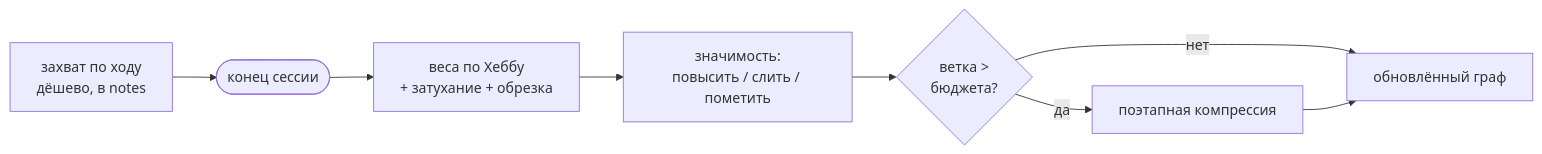
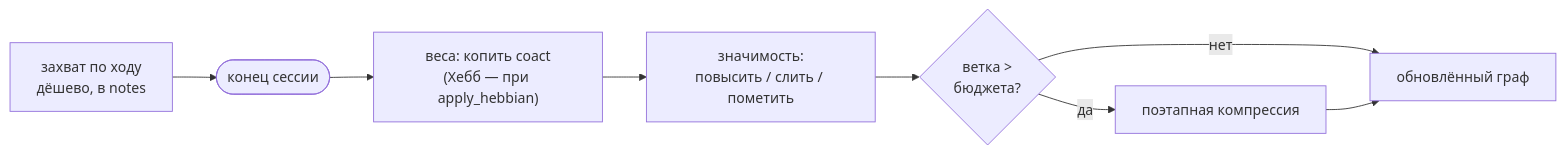
The ninth of 9 diagrams in docs/ru/THEORY.md (Kvazar123/llm-amg), drawn with Mermaid before and after one commit. The commit also changed other lines of this file and 5 other files, not shown here.

First line of the commit message:
docs(consolidation): sync THEORY/07/09/GUIDE with stage 3; compact roadmap

````diff
--- a/docs/ru/THEORY.md
+++ b/docs/ru/THEORY.md
@@ -403,10 +425,10 @@
 ```mermaid
 flowchart LR
     CAP["захват по ходу<br/>дёшево, в notes"] --> END([конец сессии])
-    END --> HEB["веса по Хеббу<br/>+ затухание + обрезка"]
+    END --> HEB["веса: копить coact<br/>(Хебб — при apply_hebbian)"]
     HEB --> SAL["значимость:<br/>повысить / слить / пометить"]
     SAL --> BUD{ветка ><br/>бюджета?}
     BUD -->|да| COMP[поэтапная компрессия]
     BUD -->|нет| UPD[обновлённый граф]
     COMP --> UPD
 ```
````
